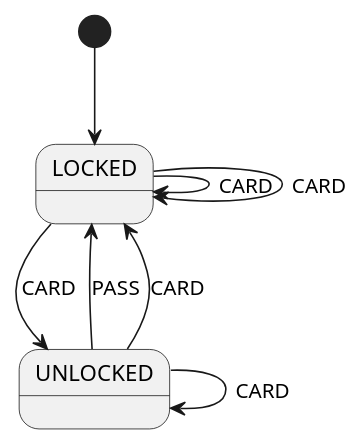
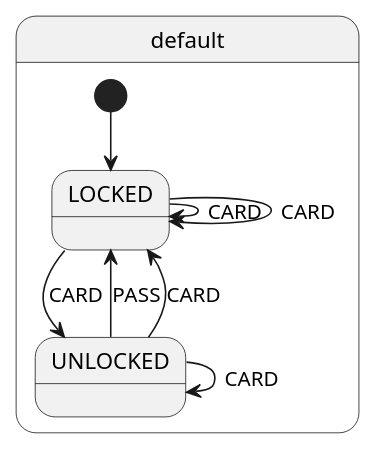
Before and after one commit to open-jumpco/kfsm-viz: the diagram in generated/secure-turnstile.plantuml, drawn with PlantUML. The commit also changed 7 other files, not shown here.

```diff
--- a/generated/secure-turnstile.plantuml
+++ b/generated/secure-turnstile.plantuml
@@ -1,9 +1,11 @@
 @startuml
-[*] --> LOCKED
-LOCKED --> LOCKED : CARD
-UNLOCKED --> UNLOCKED : CARD
-UNLOCKED --> LOCKED : PASS
-LOCKED --> LOCKED : CARD
-LOCKED --> UNLOCKED : CARD
-UNLOCKED --> LOCKED : CARD
+state default {
+  [*] --> LOCKED
+  LOCKED --> LOCKED : CARD
+  UNLOCKED --> UNLOCKED : CARD
+  UNLOCKED --> LOCKED : PASS
+  LOCKED --> LOCKED : CARD
+  LOCKED --> UNLOCKED : CARD
+  UNLOCKED --> LOCKED : CARD
+}
 @enduml
```
